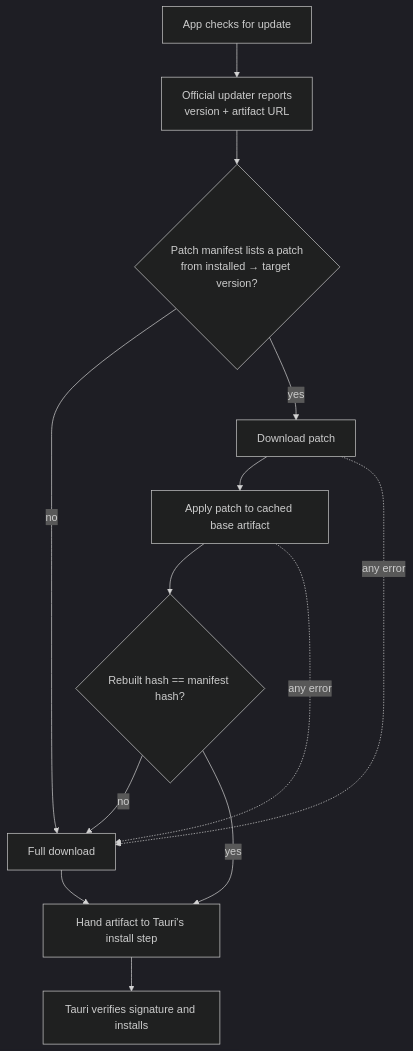
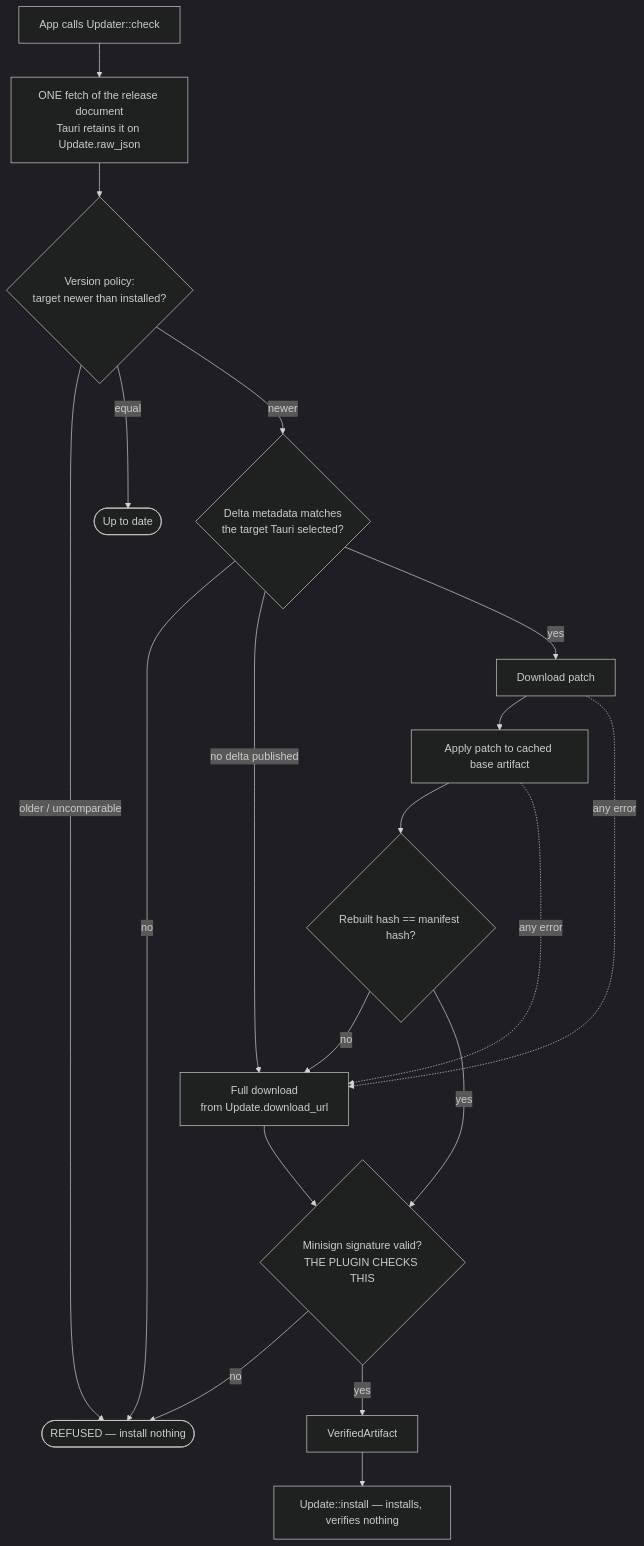
One commit to Chahdane/tauri-updater changed the diagram in docs/ARCHITECTURE.md. Above: the diagram before and after it, drawn with Mermaid (dark theme). The commit also changed other lines of this file and 2 other files, not shown here.

First line of the commit message:
docs: correct the trust model — the manifest is not authenticated

````diff
--- a/docs/ARCHITECTURE.md
+++ b/docs/ARCHITECTURE.md
@@ -48,16 +48,22 @@
 ```mermaid
 flowchart TD
-    A[App checks for update] --> B[Official updater reports<br/>version + artifact URL]
-    B --> C{Patch manifest lists a patch<br/>from installed → target version?}
-    C -- no --> F[Full download]
-    C -- yes --> D[Download patch]
+    A[App calls Updater::check] --> B[ONE fetch of the release document<br/>Tauri retains it on Update.raw_json]
+    B --> P{Version policy:<br/>target newer than installed?}
+    P -- "older / uncomparable" --> R([REFUSED — install nothing])
+    P -- equal --> U([Up to date])
+    P -- newer --> Q{Delta metadata matches<br/>the target Tauri selected?}
+    Q -- no --> R
+    Q -- "no delta published" --> F[Full download<br/>from Update.download_url]
+    Q -- yes --> D[Download patch]
     D --> E[Apply patch to cached base artifact]
     E --> G{Rebuilt hash == manifest hash?}
     G -- no --> F
-    G -- yes --> H[Hand artifact to Tauri's install step]
-    F --> H
-    H --> I[Tauri verifies signature and installs]
+    G -- yes --> V
+    F --> V{Minisign signature valid?<br/>THE PLUGIN CHECKS THIS}
+    V -- no --> R
+    V -- yes --> H[VerifiedArtifact]
+    H --> I[Update::install — installs, verifies nothing]
 
     D -. any error .-> F
     E -. any error .-> F
 ```
````
